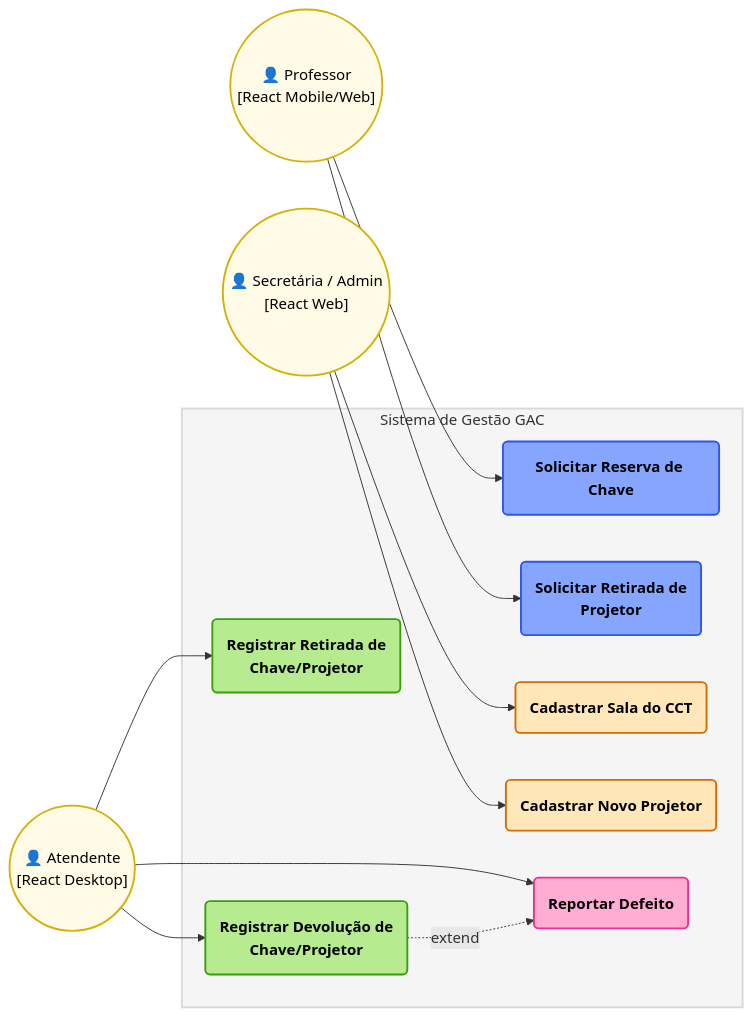
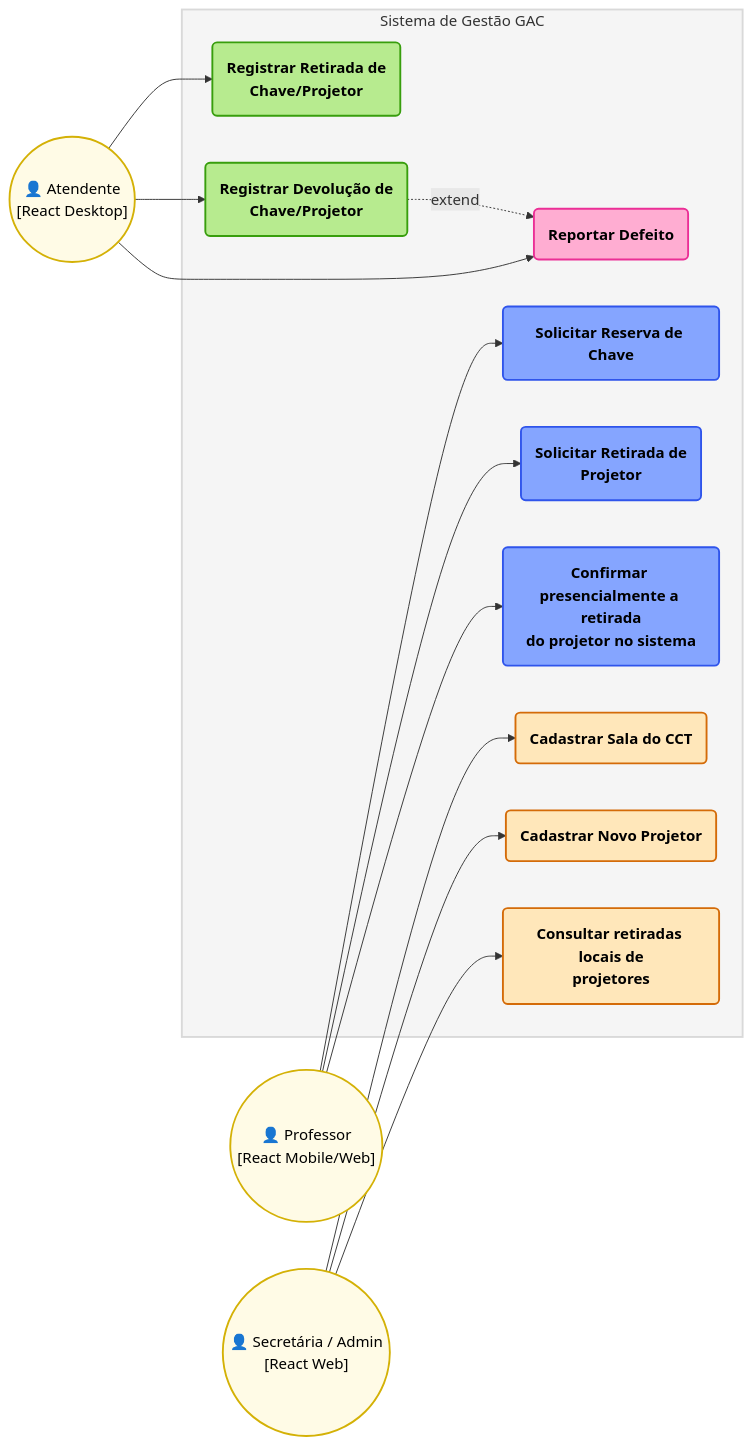
One commit to manurpss/requisitos-2026-grupo-B changed the diagram in README.md. Above: the diagram before and after it, drawn with Mermaid. The commit also changed other lines of this file, not shown here.

Commit message:
Update use case descriptions in README.md

````diff
--- a/README.md
+++ b/README.md
@@ -35,66 +35,64 @@
 ```mermaid
 graph LR
     %% ----------------------------------------------------
     %% DEFINIÇÃO DOS ATORES
     %% ----------------------------------------------------
     Prof(("👤 Professor <br> [React Mobile/Web]")):::ator
     Atend(("👤 Atendente <br> [React Desktop]")):::ator
     Sec(("👤 Secretária / Admin <br> [React Web]")):::ator
 
     %% ----------------------------------------------------
     %% FRONTEIRA DO SISTEMA (ESCOPO)
     %% ----------------------------------------------------
     subgraph Box [Sistema de Gestão GAC]
         %% Casos de Uso do Professor (Azul)
         UC1("Solicitar Reserva de Chave"):::azul
-        UC2("Solicitar Retirada de
-             Projetor"):::azul
+        UC2("Solicitar Retirada de<br>Projetor"):::azul
         
         %% Casos de Uso da Secretária (Amarelo/Laranja)
         UC6("Cadastrar Sala do CCT"):::laranja
         UC7("Cadastrar Novo Projetor"):::laranja
 
         %% Casos de Uso do Atendente (Verde)
-        UC3("Registrar Retirada de
-             Chave/Projetor"):::verde
-        UC4("Registrar Devolução de
-            Chave/Projetor"):::verde
+        UC3("Registrar Retirada de<br>Chave/Projetor"):::verde
+        UC4("Registrar Devolução de<br>Chave/Projetor"):::verde
         
         %% Caso de Uso de Exceção/Defeito (Rosa/Vermelho)
         UC5("Reportar Defeito"):::rosa
-
-
+        
+        %% Primeiro balão alterado para AZUL
+        UC8("Confirmar presencialmente a retirada<br>do projetor no sistema"):::azul
+        
+        %% Segundo balão alterado para LARANJA
+        UC9("Consultar retiradas locais de<br>projetores"):::laranja
     end
-
 
     %% ----------------------------------------------------
     %% LIGAÇÕES / RELACIONAMENTOS
     %% ----------------------------------------------------
-
-
     Prof --> UC1
     Prof --> UC2
+    Prof --> UC8
 
     Sec --> UC6
     Sec --> UC7
+    Sec --> UC9
 
     Atend --> UC3
     Atend --> UC4
     Atend --> UC5
 
     UC4 -.->|extend| UC5
-
-    
+   
     %% ----------------------------------------------------
     %% ESTILIZAÇÃO DE CORES (Estilo do Exemplo)
     %% ----------------------------------------------------
     classDef azul fill:#85a5ff,stroke:#2f54eb,stroke-width:2px,color:#000,font-weight:bold;
     classDef verde fill:#b7eb8f,stroke:#389e0d,stroke-width:2px,color:#000,font-weight:bold;
     classDef rosa fill:#ffadd2,stroke:#eb2f96,stroke-width:2px,color:#000,font-weight:bold;
     classDef laranja fill:#ffe7ba,stroke:#d46b08,stroke-width:2px,color:#000,font-weight:bold;
     classDef bd fill:#ffd6e7,stroke:#ff4d4f,stroke-width:2px,color:#000;
     classDef ator fill:#fffbe6,stroke:#d4b106,stroke-width:2px,color:#000;
 
     style Box fill:#f5f5f5,stroke:#d9d9d9,stroke-width:2px;
-   
  ```
````
